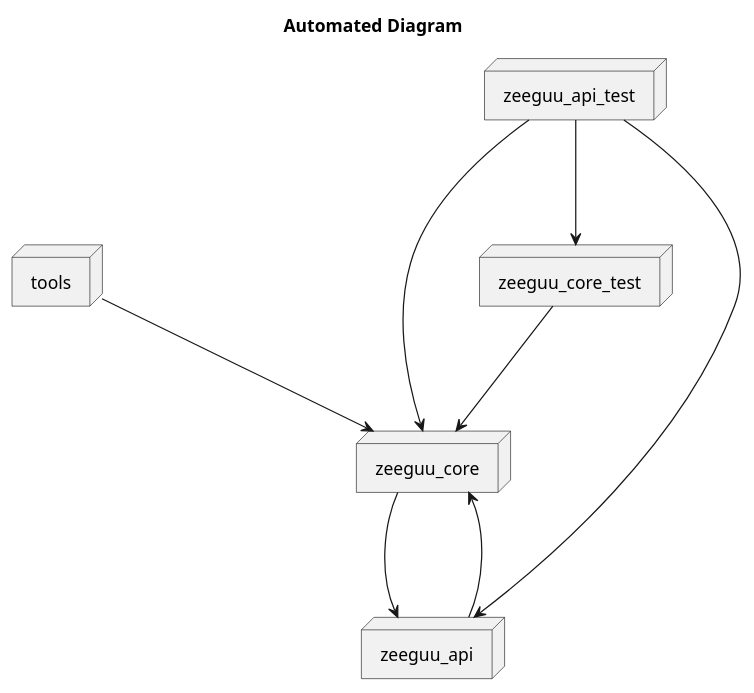
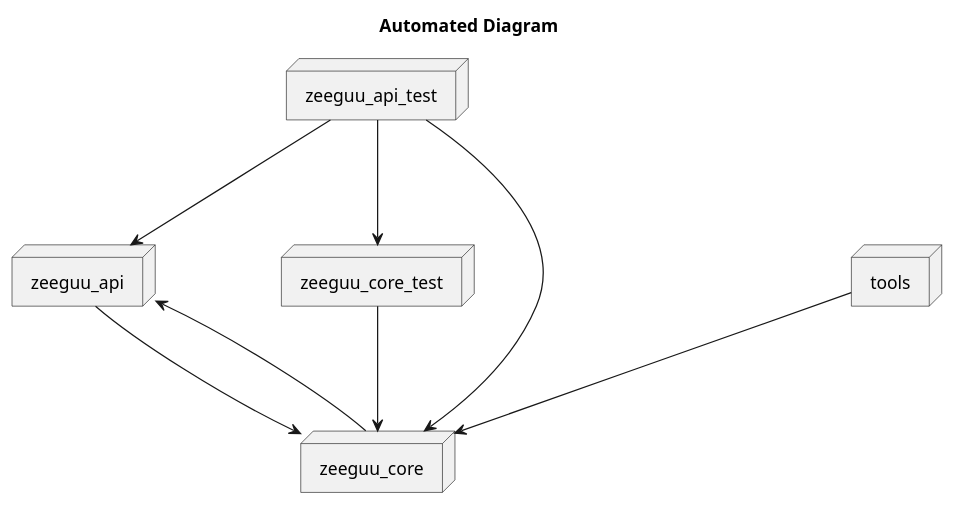
Before and after one commit to heyjoakim/AARP: the diagram in data.wsd, drawn with PlantUML. The commit also changed other lines of this file and 11 other files, not shown here.

```diff
--- a/data.wsd
+++ b/data.wsd
@@ -1,17 +1,17 @@
 @startuml
 title Automated Diagram
 skinparam nodesep 100
 skinparam ranksep 100
-node tools
-node zeeguu_core
 node zeeguu_api
 node zeeguu_api_test
 node zeeguu_core_test
+node tools
+node zeeguu_core
+zeeguu_core_test --> zeeguu_core
 tools --> zeeguu_core
 zeeguu_api --> zeeguu_core
 zeeguu_api_test --> zeeguu_core
 zeeguu_api_test --> zeeguu_core_test
 zeeguu_api_test --> zeeguu_api
 zeeguu_core --> zeeguu_api
-zeeguu_core_test --> zeeguu_core
 @enduml
```
